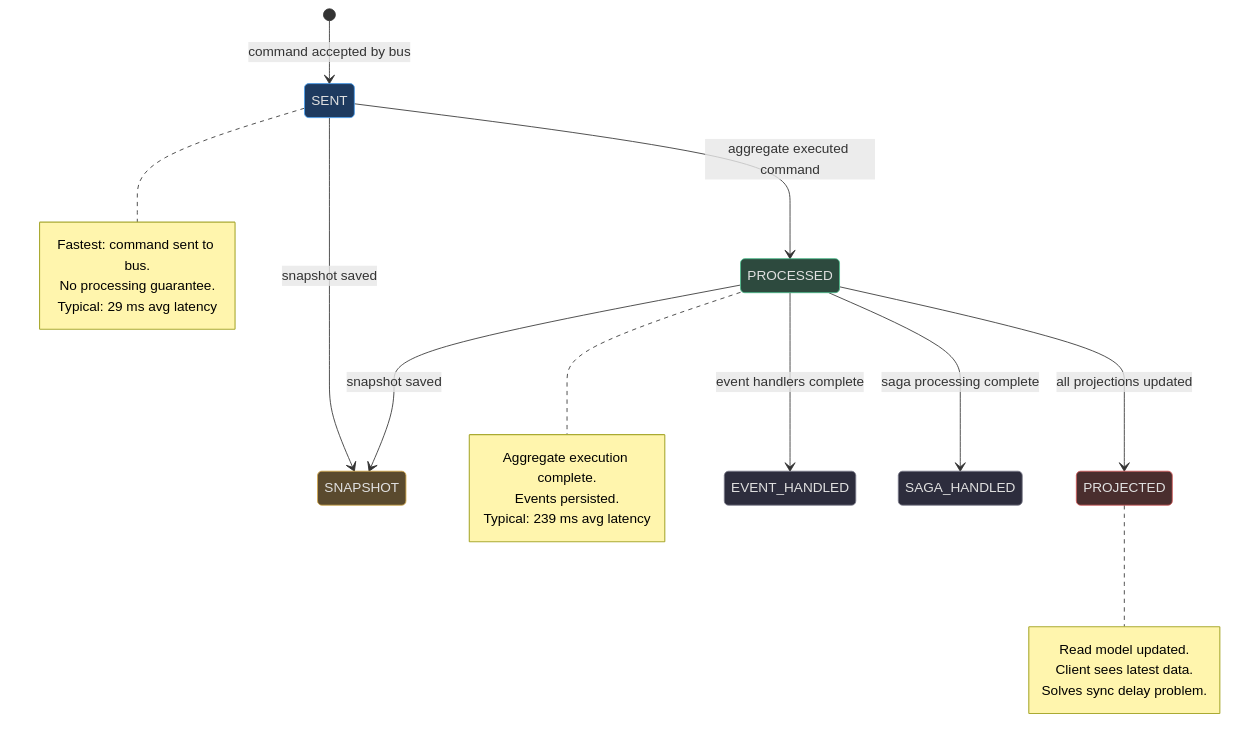
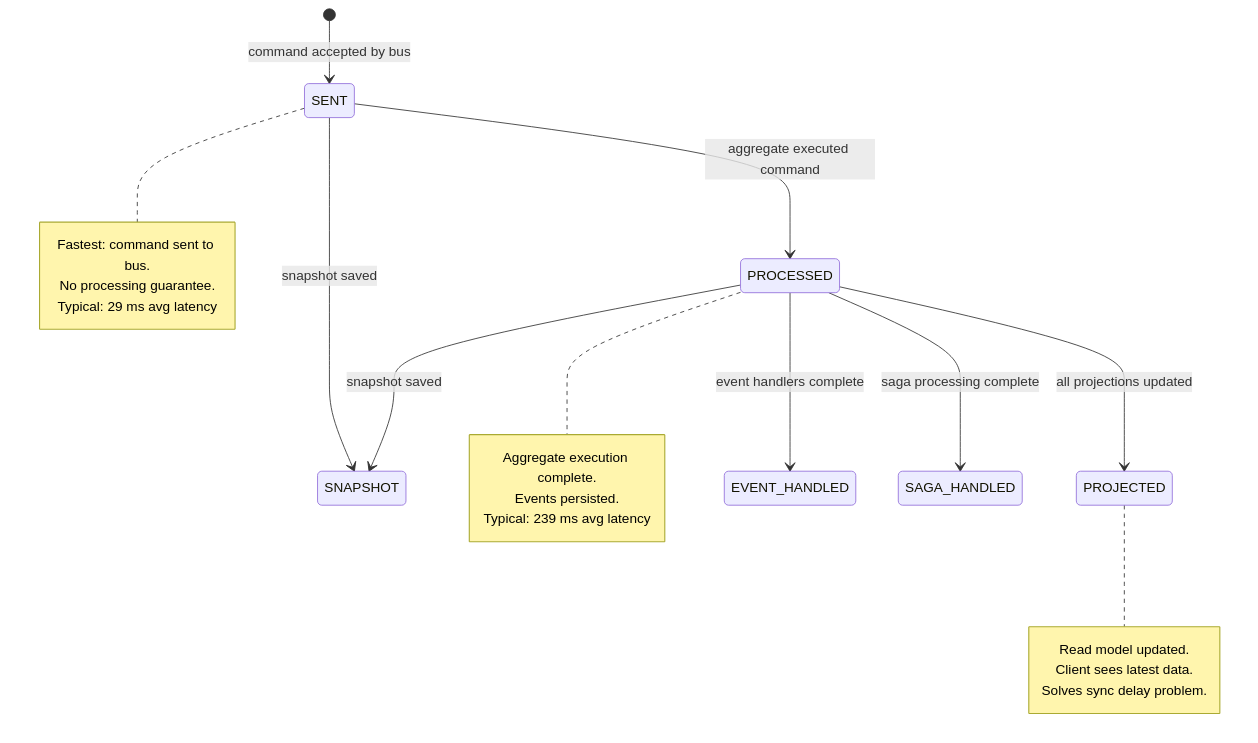
The third of 6 diagrams in documentation/docs/en/guide/advanced/architecture.md (Ahoo-Wang/Wow), drawn with Mermaid before and after one commit. The commit also changed other lines of this file and 32 other files, not shown here.

Commit message:
docs: remove unsupported style/classDef directives from stateDiagram-v2 Mermaid blocks

````diff
--- a/documentation/docs/en/guide/advanced/architecture.md
+++ b/documentation/docs/en/guide/advanced/architecture.md
@@ -188,35 +188,29 @@
 ```mermaid
 stateDiagram-v2
     [*] --> SENT : command accepted by bus
     SENT --> PROCESSED : aggregate executed command
     SENT --> SNAPSHOT : snapshot saved
     PROCESSED --> SNAPSHOT : snapshot saved
     PROCESSED --> PROJECTED : all projections updated
     PROCESSED --> EVENT_HANDLED : event handlers complete
     PROCESSED --> SAGA_HANDLED : saga processing complete
 
     note right of SENT
         Fastest: command sent to bus.
         No processing guarantee.
         Typical: 29 ms avg latency
     end note
 
     note right of PROCESSED
         Aggregate execution complete.
         Events persisted.
         Typical: 239 ms avg latency
     end note
 
     note right of PROJECTED
         Read model updated.
         Client sees latest data.
         Solves sync delay problem.
     end note
 
-    style SENT fill:#1e3a5f,stroke:#4a9eed,color:#e0e0e0
-    style PROCESSED fill:#2d4a3e,stroke:#4aba8a,color:#e0e0e0
-    style SNAPSHOT fill:#5a4a2e,stroke:#d4a84b,color:#e0e0e0
-    style PROJECTED fill:#4a2e2e,stroke:#d45b5b,color:#e0e0e0
-    style EVENT_HANDLED fill:#2d2d3d,stroke:#7a7a8a,color:#e0e0e0
-    style SAGA_HANDLED fill:#2d2d3d,stroke:#7a7a8a,color:#e0e0e0
 ```
````
